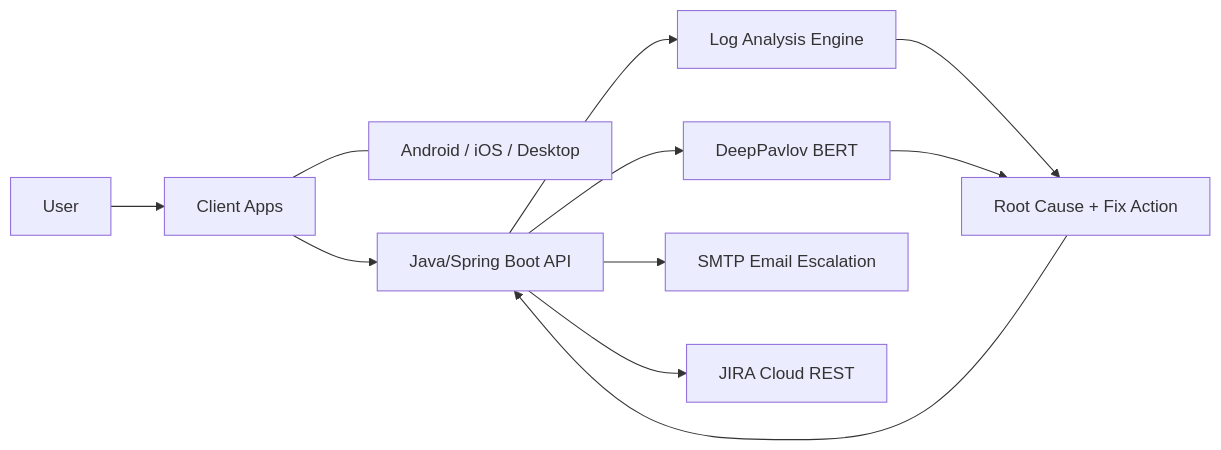
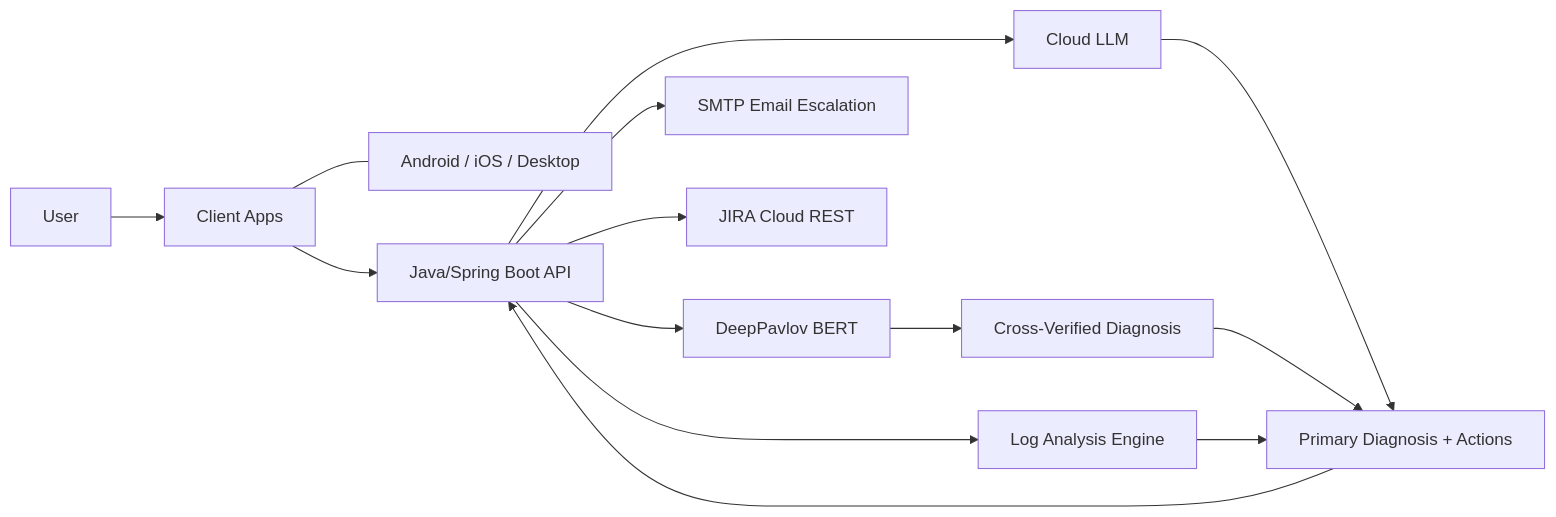
Before and after one commit to winitramesh2/AegisAgent: the diagram in docs/README.md, drawn with Mermaid. The commit also changed other lines of this file and 4 other files, not shown here.

````diff
--- a/docs/README.md
+++ b/docs/README.md
@@ -44,13 +46,16 @@
 ```mermaid
 flowchart LR
   User[User] --> Client[Client Apps]
   Client --- Platforms[Android / iOS / Desktop]
   Client --> API[Java/Spring Boot API]
+  API --> Cloud[Cloud LLM]
   API --> AI[DeepPavlov BERT]
   API --> Logs[Log Analysis Engine]
   API --> Email[SMTP Email Escalation]
   API --> JIRA[JIRA Cloud REST]
-  Logs --> Result[Root Cause + Fix Action]
-  AI --> Result
+  Cloud --> Result[Primary Diagnosis + Actions]
+  AI --> Result2[Cross-Verified Diagnosis]
+  Result2 --> Result
+  Logs --> Result
   Result --> API
 ```
````
